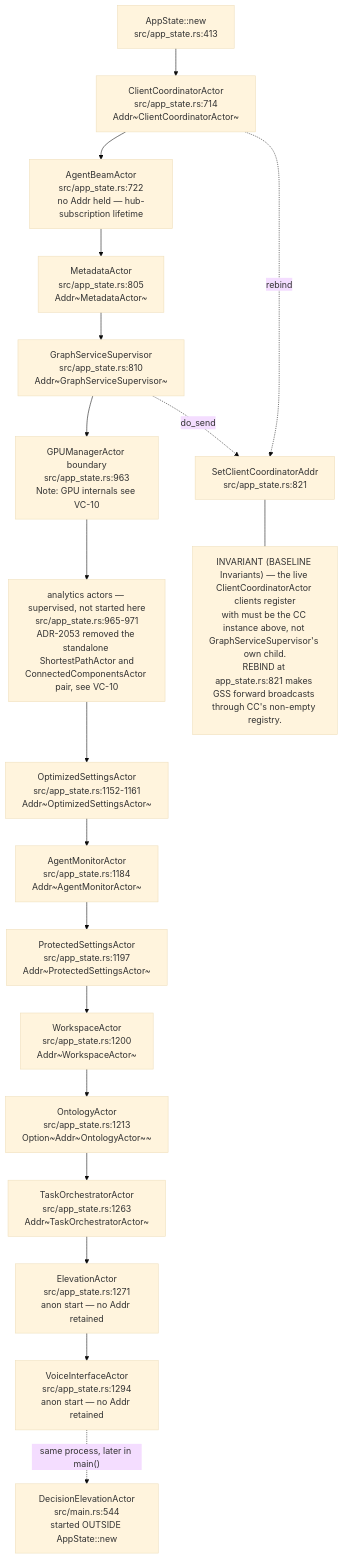
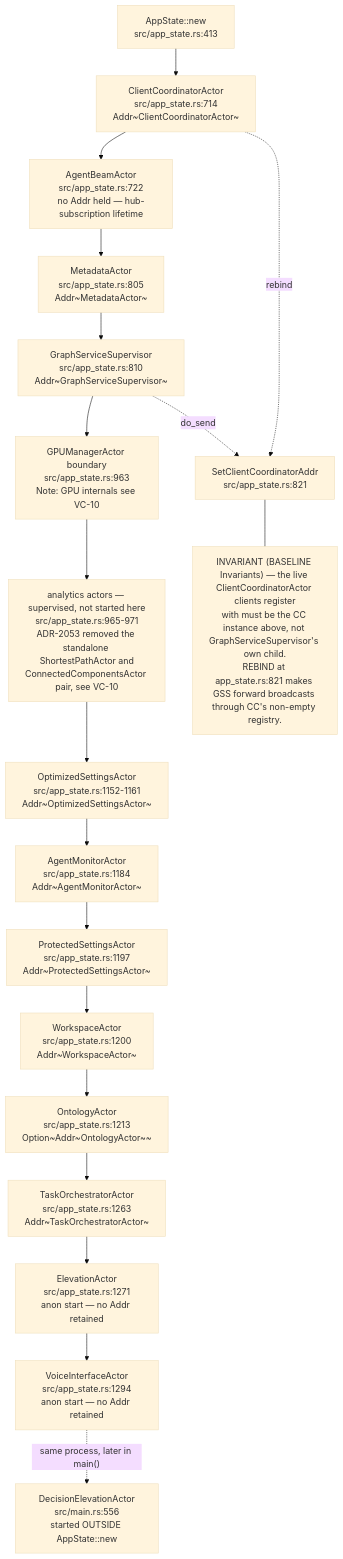
One commit to DreamLab-AI/VisionFlow changed the first of 20 diagrams in docs/diagrams/visionclaw/02-actor-supervision.md. Above: the diagram before and after it, drawn with Mermaid (base theme). The commit also changed other lines of this file and 32 other files, not shown here.

````diff
--- a/docs/diagrams/visionclaw/02-actor-supervision.md
+++ b/docs/diagrams/visionclaw/02-actor-supervision.md
@@ -40,41 +40,41 @@
 ```mermaid
 flowchart TB
     APP["AppState::new<br/>src/app_state.rs:413"]
     CC["ClientCoordinatorActor<br/>src/app_state.rs:714<br/>Addr~ClientCoordinatorActor~"]
     AB["AgentBeamActor<br/>src/app_state.rs:722<br/>no Addr held — hub-subscription lifetime"]
     MD["MetadataActor<br/>src/app_state.rs:805<br/>Addr~MetadataActor~"]
     GSS["GraphServiceSupervisor<br/>src/app_state.rs:810<br/>Addr~GraphServiceSupervisor~"]
     REBIND["SetClientCoordinatorAddr<br/>src/app_state.rs:821"]
     GPU["GPUManagerActor boundary<br/>src/app_state.rs:963<br/>Note: GPU internals see VC-10"]
     ANA["analytics actors — supervised, not started here<br/>src/app_state.rs:965-971<br/>ADR-2053 removed the standalone ShortestPathActor and<br/>ConnectedComponentsActor pair, see VC-10"]
     SET["OptimizedSettingsActor<br/>src/app_state.rs:1152-1161<br/>Addr~OptimizedSettingsActor~"]
     AM["AgentMonitorActor<br/>src/app_state.rs:1184<br/>Addr~AgentMonitorActor~"]
     PS["ProtectedSettingsActor<br/>src/app_state.rs:1197<br/>Addr~ProtectedSettingsActor~"]
     WS["WorkspaceActor<br/>src/app_state.rs:1200<br/>Addr~WorkspaceActor~"]
     ONT["OntologyActor<br/>src/app_state.rs:1213<br/>Option~Addr~OntologyActor~~"]
     TO["TaskOrchestratorActor<br/>src/app_state.rs:1263<br/>Addr~TaskOrchestratorActor~"]
     EL["ElevationActor<br/>src/app_state.rs:1271<br/>anon start — no Addr retained"]
     VI["VoiceInterfaceActor<br/>src/app_state.rs:1294<br/>anon start — no Addr retained"]
-    DE["DecisionElevationActor<br/>src/main.rs:544<br/>started OUTSIDE AppState::new"]
+    DE["DecisionElevationActor<br/>src/main.rs:556<br/>started OUTSIDE AppState::new"]
 
     APP --> CC
     CC --> AB
     CC -.->|"rebind"| REBIND
     AB --> MD
     MD --> GSS
     GSS -.->|"do_send"| REBIND
     GSS --> GPU
     GPU --> ANA
     ANA --> SET
     SET --> AM
     AM --> PS
     PS --> WS
     WS --> ONT
     ONT --> TO
     TO --> EL
     EL --> VI
     VI -.->|"same process, later in main()"| DE
 
     N1["INVARIANT (BASELINE Invariants) — the live ClientCoordinatorActor clients register<br/>with must be the CC instance above, not GraphServiceSupervisor's own child.<br/>REBIND at app_state.rs:821 makes GSS forward broadcasts through CC's non-empty registry."]
     REBIND --- N1
 ```
````
